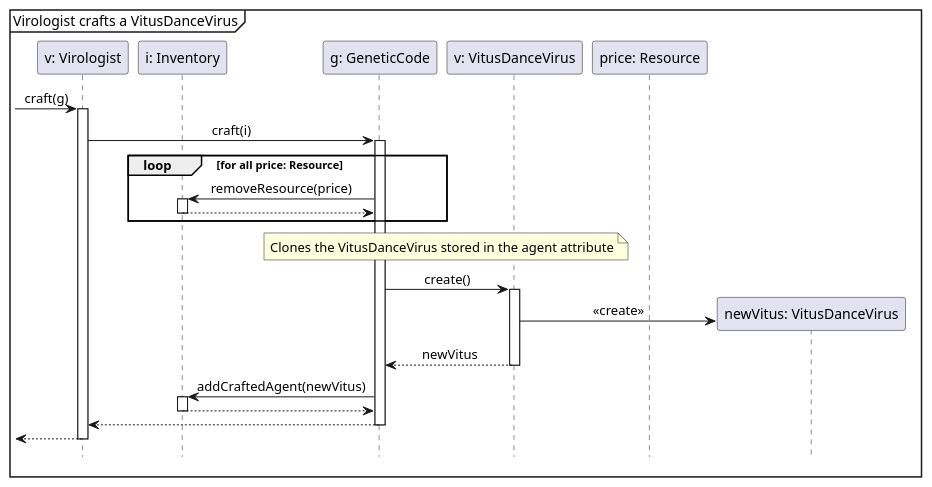
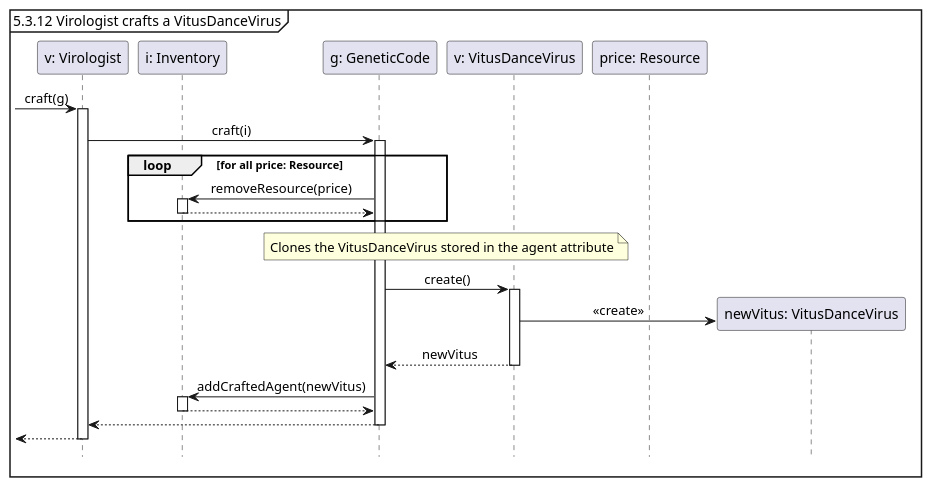
Before and after one commit to Tschonti/503-service-unavailable: the diagram in docs/testCases/sequences/craftVitusDance.puml, drawn with PlantUML. The commit also changed 3 other files, not shown here.

```diff
--- a/docs/testCases/sequences/craftVitusDance.puml
+++ b/docs/testCases/sequences/craftVitusDance.puml
@@ -1,31 +1,31 @@
 @startuml
 'https://plantuml.com/sequence-diagram
 
 hide footbox
 skinparam sequenceMessageAlign center
 
-mainframe  Virologist crafts a VitusDanceVirus
+mainframe  5.3.12 Virologist crafts a VitusDanceVirus
 
 participant "v: Virologist" as v
 participant "i: Inventory" as i
 participant "g: GeneticCode" as g
 participant "v: VitusDanceVirus" as v1
 participant "price: Resource"
 participant "newVitus: VitusDanceVirus" as v2
 
 -> v ++ : craft(g)
         v -> g ++ : craft(i)
             loop for all price: Resource
                 g -> i ++ : removeResource(price)
                 return
             end
             note over g, v1 : Clones the VitusDanceVirus stored in the agent attribute
             g -> v1 ++ : create()
                 v1 -> v2 ** : <<create>>
             return newVitus
             g -> i ++ : addCraftedAgent(newVitus)
             return
         return
 return
 
 @enduml
```
